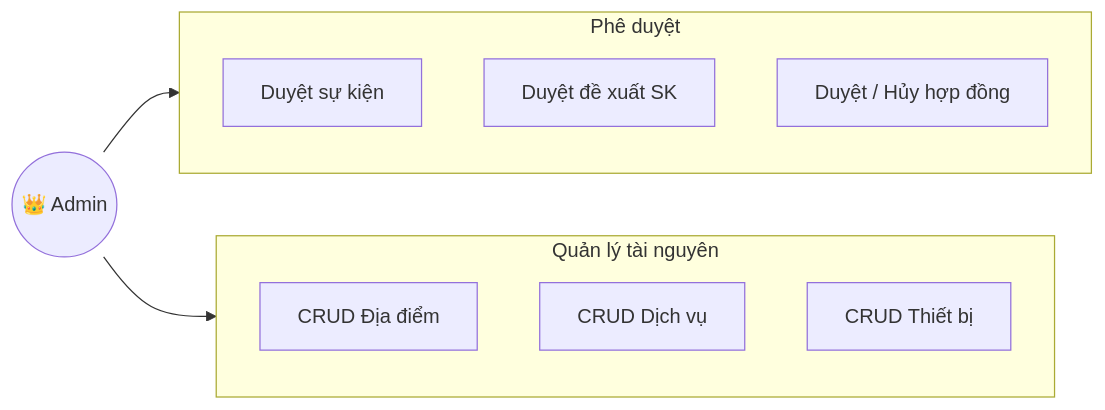
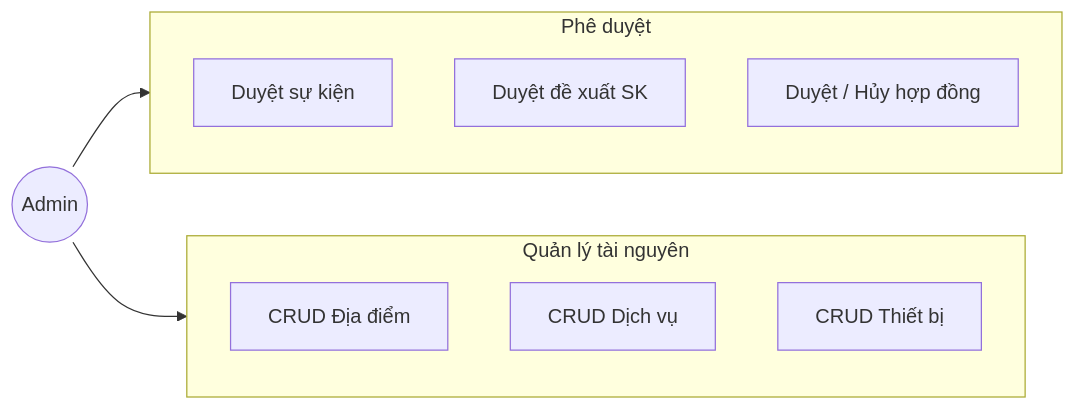
One commit to HoNhutHao-1006/Baocaocuoiki-GVNguyenTanPhuoc changed the third of 8 diagrams in README.md. Above: the diagram before and after it, drawn with Mermaid. The commit also changed other lines of this file and 28 other files, not shown here.

````diff
--- a/README.md
+++ b/README.md
@@ -239,16 +243,16 @@
 ```mermaid
 graph LR
-    ADMIN(("👑 Admin"))
+    ADMIN(("Admin"))
     subgraph APPROVE["Phê duyệt"]
         UC_APPROVE_EVT["Duyệt sự kiện"]
         UC_APPROVE_PROP["Duyệt đề xuất SK"]
         UC_APPROVE_CTR["Duyệt / Hủy hợp đồng"]
     end
     subgraph RESOURCE["Quản lý tài nguyên"]
         UC_LOC["CRUD Địa điểm"]
         UC_SVC["CRUD Dịch vụ"]
         UC_DEV["CRUD Thiết bị"]
     end
     ADMIN --> APPROVE
     ADMIN --> RESOURCE
 ```
````
